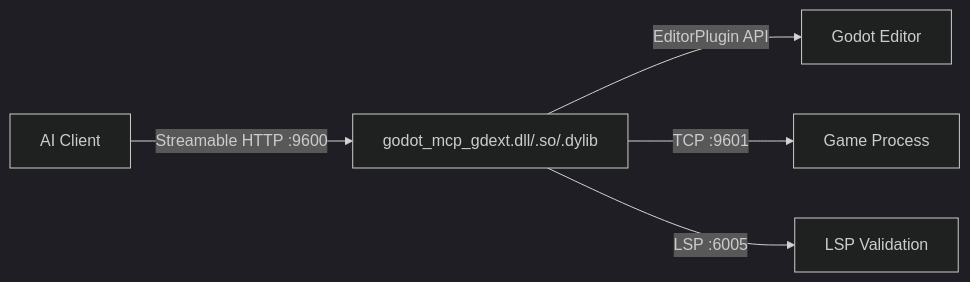
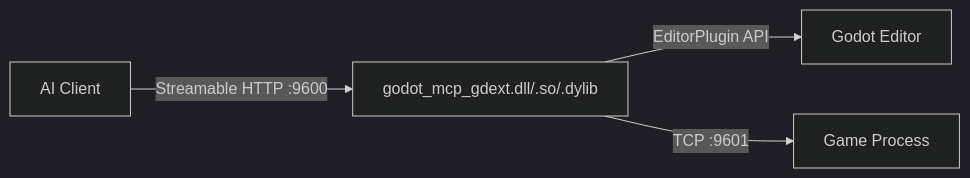
Before and after one commit to jesspig/GodotMCP-GDExtension: the diagram in docs/en/guide/getting-started.md, drawn with Mermaid (dark theme). The commit also changed other lines of this file and 17 other files, not shown here.

````diff
--- a/docs/en/guide/getting-started.md
+++ b/docs/en/guide/getting-started.md
@@ -7,7 +7,6 @@
 ```mermaid
 graph LR
     AI[AI Client] -- Streamable HTTP :9600 --> GDExt[godot_mcp_gdext.dll/.so/.dylib]
     GDExt -- EditorPlugin API --> Godot[Godot Editor]
     GDExt -- TCP :9601 --> Game[Game Process]
-    GDExt -- LSP :6005 --> LSPClient[LSP Validation]
 ```
````
